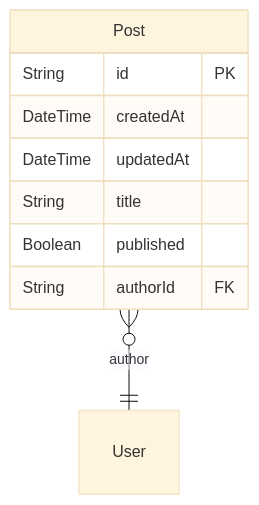
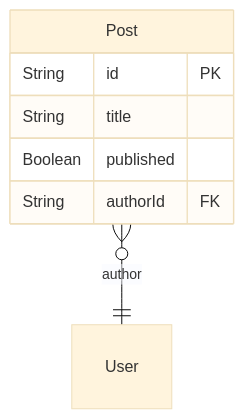
One commit to jiashengguo/jiashengguo.github.io changed the first of 2 diagrams in test.md. Above: the diagram before and after it, drawn with Mermaid (base theme). The commit also changed other lines of this file, not shown here.

````diff
--- a/test.md
+++ b/test.md
@@ -14,12 +19,10 @@
 ```mermaid
 erDiagram
 "Post" {
-  String id PK
-  DateTime createdAt
-  DateTime updatedAt
-  String title
-  Boolean published
-  String authorId FK
+  String id PK 
+  String title  
+  Boolean published  
+  String authorId FK 
 }
 "Post" }o--|| "User": author
 ```
````
